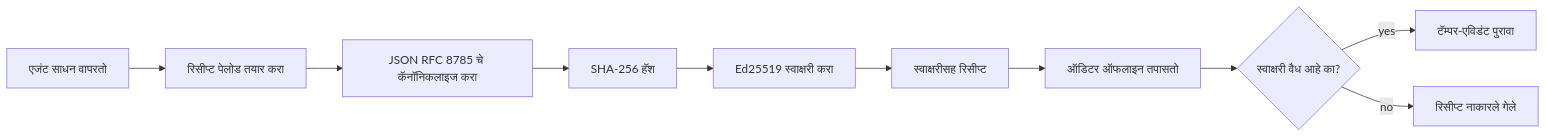
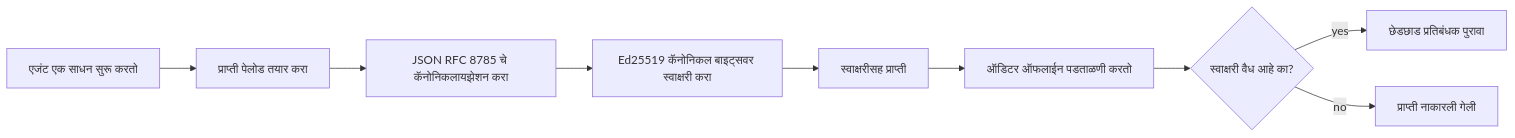
One commit to microsoft/ai-agents-for-beginners changed the first of 2 diagrams in translations/mr/18-securing-ai-agents/README.md. Above: the diagram before and after it, drawn with Mermaid. The commit also changed other lines of this file and 45 other files, not shown here.

````diff
--- a/translations/mr/18-securing-ai-agents/README.md
+++ b/translations/mr/18-securing-ai-agents/README.md
@@ -51,12 +51,11 @@
 ```mermaid
 flowchart LR
-    A[एजंट साधन वापरतो] --> B[रिसीप्ट पेलोड तयार करा]
-    B --> C[JSON RFC 8785 चे कॅनॉनिकलाइज करा]
-    C --> D[SHA-256 हॅश]
-    D --> E[Ed25519 स्वाक्षरी करा]
-    E --> F[स्वाक्षरीसह रिसीप्ट]
-    F --> G[ऑडिटर ऑफलाइन तपासतो]
+    A[एजंट एक साधन सुरू करतो] --> B[प्राप्ती पेलोड तयार करा]
+    B --> C[JSON RFC 8785 चे कॅनोनिकलायझेशन करा]
+    C --> E[Ed25519 कॅनोनिकल बाइट्सवर स्वाक्षरी करा]
+    E --> F[स्वाक्षरीसह प्राप्ती]
+    F --> G[ऑडिटर ऑफलाईन पडताळणी करतो]
     G --> H{स्वाक्षरी वैध आहे का?}
-    H -- yes --> I[टॅम्पर-एविडंट पुरावा]
-    H -- no --> J[रिसीप्ट नाकारले गेले]
+    H -- yes --> I[छेडछाड प्रतिबंधक पुरावा]
+    H -- no --> J[प्राप्ती नाकारली गेली]
 ```
````
